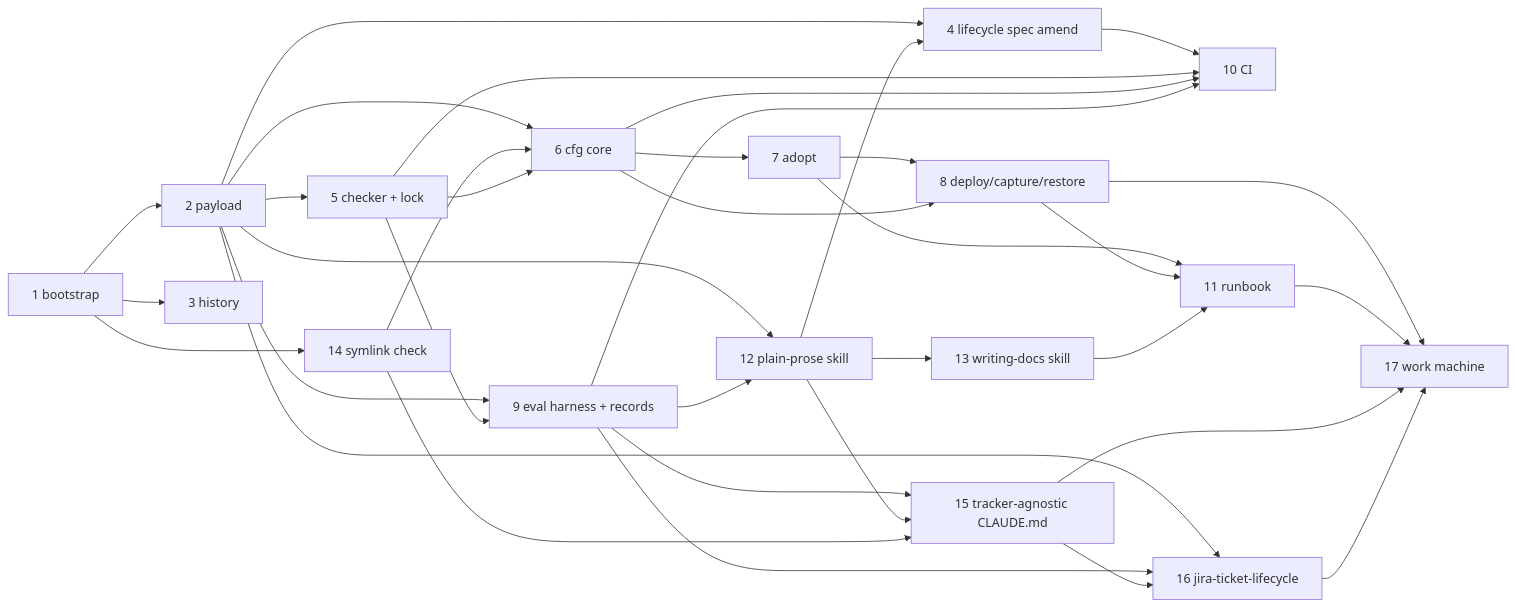
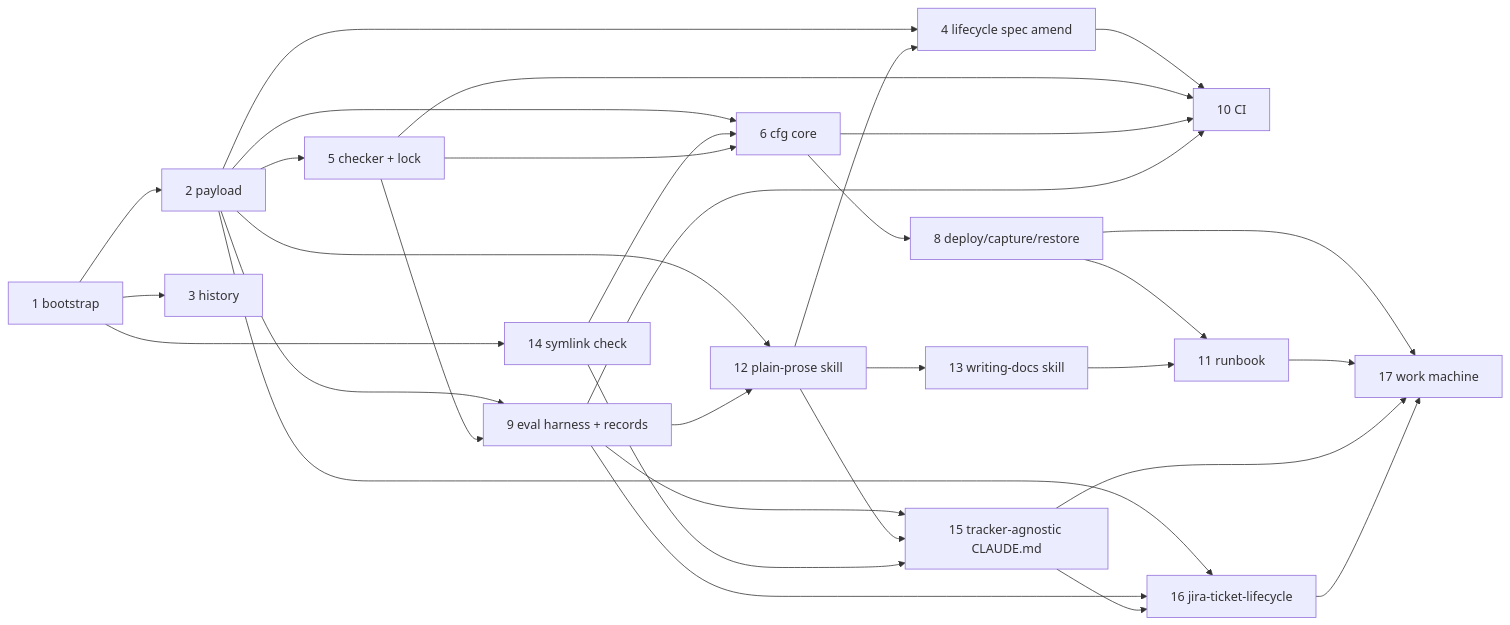
The diagram in docs/architecture/plan.md (Towerism/claude-config), drawn with Mermaid before and after one commit. The commit also changed other lines of this file, not shown here.

First line of the commit message:
docs(plan): put the first deploy ahead of everything else (#40)

````diff
--- a/docs/architecture/plan.md
+++ b/docs/architecture/plan.md
@@ -33,21 +33,20 @@
 ```mermaid
 flowchart LR
   I1[1 bootstrap] --> I2[2 payload] & I3[3 history]
   I2 --> I4[4 lifecycle spec amend]
   I12 --> I4
   I2 --> I5[5 checker + lock]
   I2 --> I6[6 cfg core]
   I1 --> I14[14 symlink check] --> I6
   I5 --> I6
-  I6 --> I7[7 adopt] --> I8[8 deploy/capture/restore]
-  I6 --> I8
+  I6 --> I8[8 deploy/capture/restore]
   I2 --> I9[9 eval harness + records]
   I5 --> I9
   I4 & I5 & I6 & I9 --> I10[10 CI]
   I2 & I9 --> I12[12 plain-prose skill]
   I12 --> I13[13 writing-docs skill]
-  I7 & I8 & I13 --> I11[11 runbook]
+  I8 & I13 --> I11[11 runbook]
   I9 & I12 & I14 --> I15[15 tracker-agnostic CLAUDE.md]
   I2 & I9 & I15 --> I16[16 jira-ticket-lifecycle]
   I8 & I11 & I15 & I16 --> I17[17 work machine]
 ```
````
